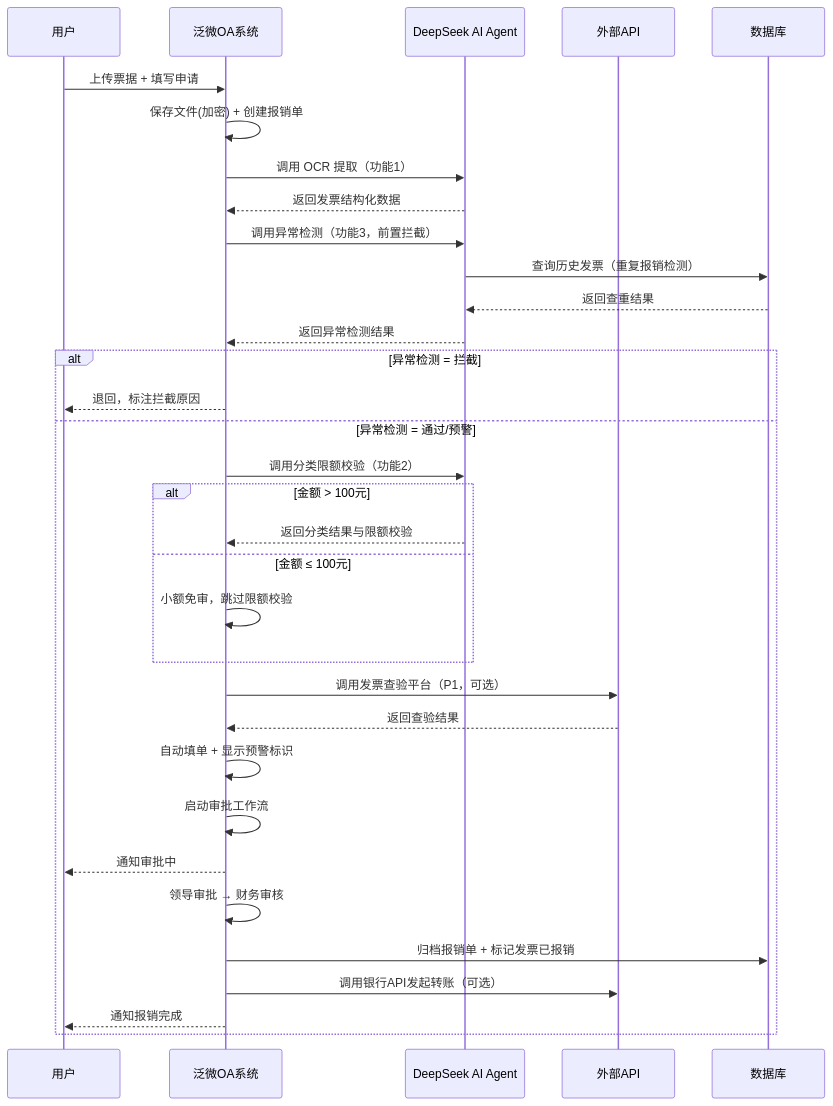
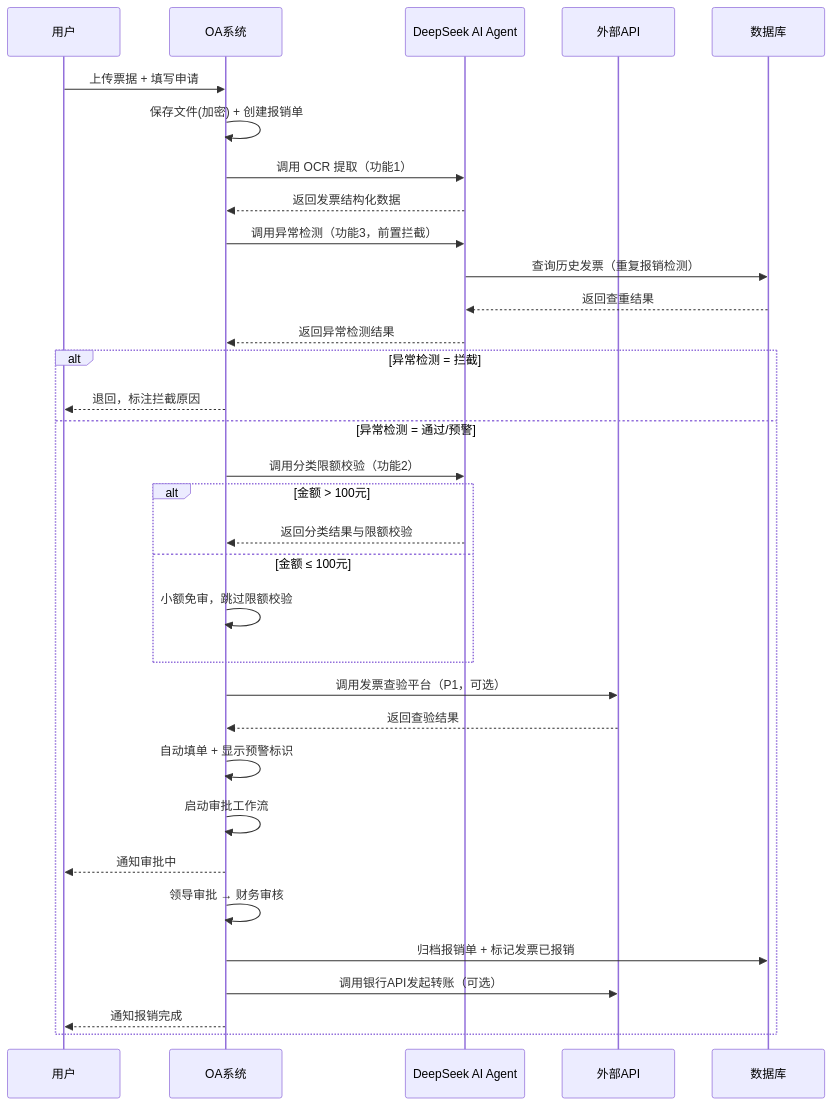
The second of 5 diagrams in docs/design.md (nickluo2026/OA-Reimbursement-AIAgent), drawn with Mermaid before and after one commit. The commit also changed other lines of this file, not shown here.

````diff
--- a/docs/design.md
+++ b/docs/design.md
@@ -566,41 +566,41 @@
 ```mermaid
 sequenceDiagram
     participant U as 用户
-    participant OA as 泛微OA系统
+    participant OA as  OA系统
     participant AI as DeepSeek AI Agent
     participant EXT as 外部API
     participant DB as 数据库
 
     U->>OA: 上传票据 + 填写申请
     OA->>OA: 保存文件(加密) + 创建报销单
     OA->>AI: 调用 OCR 提取（功能1）
     AI-->>OA: 返回发票结构化数据
 
     OA->>AI: 调用异常检测（功能3，前置拦截）
     AI->>DB: 查询历史发票（重复报销检测）
     DB-->>AI: 返回查重结果
     AI-->>OA: 返回异常检测结果
 
     alt 异常检测 = 拦截
         OA-->>U: 退回，标注拦截原因
     else 异常检测 = 通过/预警
         OA->>AI: 调用分类限额校验（功能2）
         alt 金额 > 100元
             AI-->>OA: 返回分类结果与限额校验
         else 金额 ≤ 100元
             OA->>OA: 小额免审，跳过限额校验
         end
 
         OA->>EXT: 调用发票查验平台（P1，可选）
         EXT-->>OA: 返回查验结果
 
         OA->>OA: 自动填单 + 显示预警标识
         OA->>OA: 启动审批工作流
         OA-->>U: 通知审批中
 
         OA->>OA: 领导审批 → 财务审核
         OA->>DB: 归档报销单 + 标记发票已报销
         OA->>EXT: 调用银行API发起转账（可选）
         OA-->>U: 通知报销完成
     end
 ```
````
